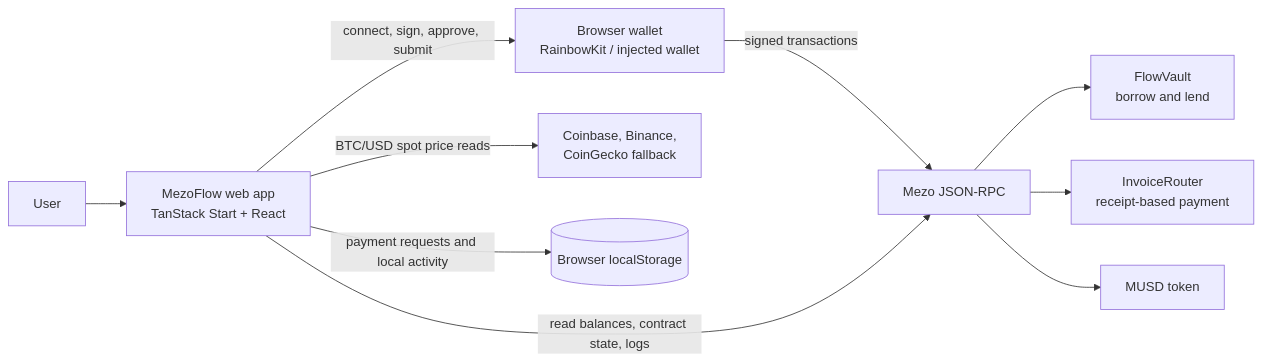
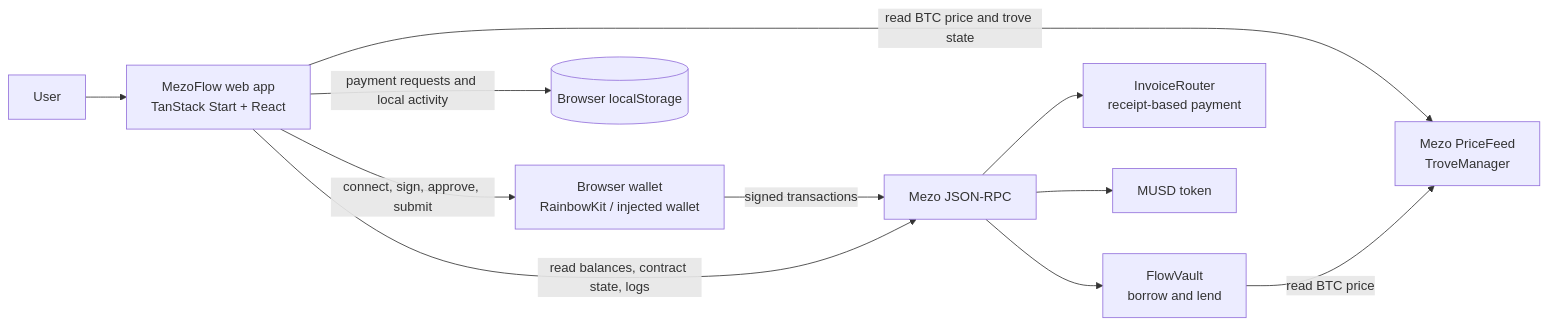
The first of 4 diagrams in README.md (dinitheth/Mezo-Credits), drawn with Mermaid before and after one commit. The commit also changed other lines of this file and 34 other files, not shown here.

Commit message:
Price the pool from Mezo, count loans in shares, and drop an injected build hook

````diff
--- a/README.md
+++ b/README.md
@@ -59,12 +59,13 @@
 ```mermaid
 flowchart LR
     U[User] --> UI[MezoFlow web app<br/>TanStack Start + React]
     UI -->|connect, sign, approve, submit| W[Browser wallet<br/>RainbowKit / injected wallet]
     W -->|signed transactions| RPC[Mezo JSON-RPC]
     RPC --> V[FlowVault<br/>borrow and lend]
     RPC --> R[InvoiceRouter<br/>receipt-based payment]
     RPC --> M[MUSD token]
     UI -->|read balances, contract state, logs| RPC
-    UI -->|BTC/USD spot price reads| P[Coinbase, Binance,<br/>CoinGecko fallback]
+    UI -->|read BTC price and trove state| MZ[Mezo PriceFeed<br/>TroveManager]
+    V -->|read BTC price| MZ
     UI -->|payment requests and local activity| L[(Browser localStorage)]
 ```
````
